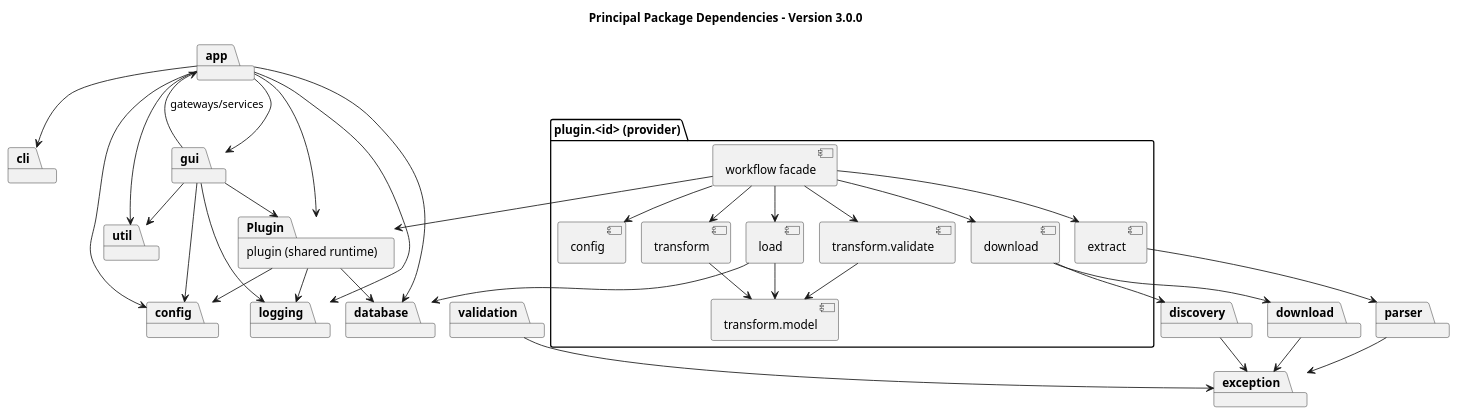
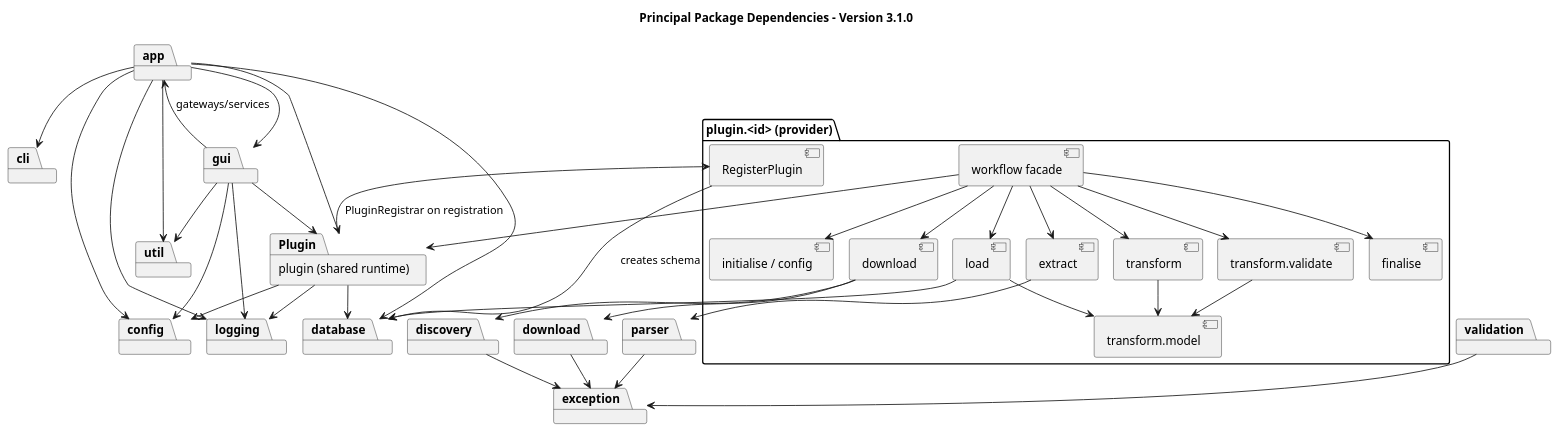
Before and after one commit to TerryCurranZellis/OpenData: the diagram in docs/diagrams/source/package-dependencies.puml, drawn with PlantUML. The commit also changed 58 other files, not shown here.

Commit message:
Update documentation and puml diagrams, add generated SVGs

```diff
--- a/docs/diagrams/source/package-dependencies.puml
+++ b/docs/diagrams/source/package-dependencies.puml
@@ -1,65 +1,70 @@
 @startuml
 !pragma layout smetana
-title Principal Package Dependencies - Version 3.0.0
+title Principal Package Dependencies - Version 3.1.0
 top to bottom direction
 
 package app
 package cli
 package gui
 package config
 package "plugin (shared runtime)" as Plugin
 
 package "plugin.<id> (provider)" as Provider {
   [workflow facade] as Facade
-  [config] as ProviderConfig
+  [RegisterPlugin] as ProviderRegister
+  [initialise / config] as ProviderConfig
   [download] as ProviderDownload
   [extract] as ProviderExtract
   [transform] as ProviderTransform
   [transform.model] as ProviderModel
   [transform.validate] as ProviderValidate
   [load] as ProviderLoad
+  [finalise] as ProviderFinalise
 }
 
 package discovery
 package download
 package parser
 package validation
 package database
 package logging
 package exception
 package util
 
 app --> cli
 app --> gui
 app --> config
 app --> Plugin
 app --> database
 app --> logging
 gui --> app : gateways/services
 gui --> config
 gui --> Plugin
 gui --> logging
 Plugin --> config
 Plugin --> database
 Plugin --> logging
 Facade --> Plugin
 Facade --> ProviderConfig
+Facade --> ProviderFinalise
+Plugin --> ProviderRegister : PluginRegistrar on registration
+ProviderRegister --> database : creates schema
 Facade --> ProviderDownload
 Facade --> ProviderExtract
 Facade --> ProviderTransform
 Facade --> ProviderValidate
 Facade --> ProviderLoad
 ProviderDownload --> download
 ProviderDownload --> discovery
 ProviderExtract --> parser
 ProviderTransform --> ProviderModel
 ProviderValidate --> ProviderModel
 ProviderLoad --> ProviderModel
 ProviderLoad --> database
 discovery --> exception
 download --> exception
 parser --> exception
 validation --> exception
 app --> util
 gui --> util
 @enduml
```
